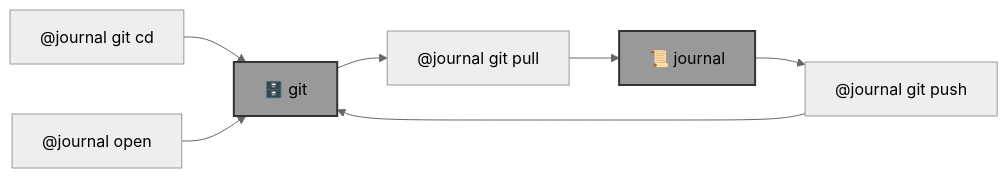
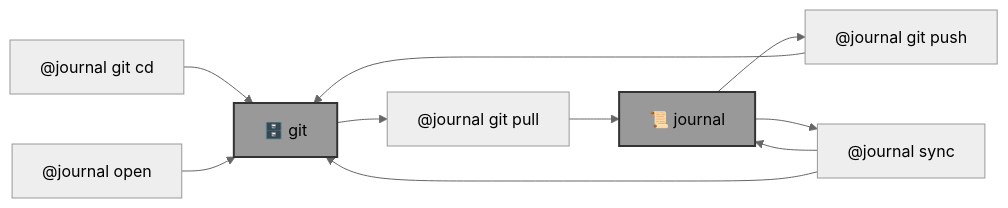
The diagram in template.md (kamangir/bluer-journal), drawn with Mermaid (neutral theme) before and after one commit. The commit also changed 4 other files, not shown here.

````diff
--- a/template.md
+++ b/template.md
@@ -5,26 +5,32 @@
 ```mermaid
 graph LR
 
     journal_git_cd["@journal git cd"]
 
     journal_git_pull["@journal git pull"]
 
     journal_git_push["@journal git push"]
 
     journal_open["@journal open"]
+
+    journal_sync["@journal sync"]
 
     journal["📜 journal"]:::folder
     git["🗄️ git"]:::folder
 
     journal_git_cd --> git
 
     git --> journal_git_pull
     journal_git_pull --> journal
 
     journal --> journal_git_push
     journal_git_push --> git
 
     journal_open --> git
 
+    journal --> journal_sync
+    journal_sync --> journal
+    journal_sync --> git
+
     classDef folder fill:#999,stroke:#333,stroke-width:2px;
 ```
````
